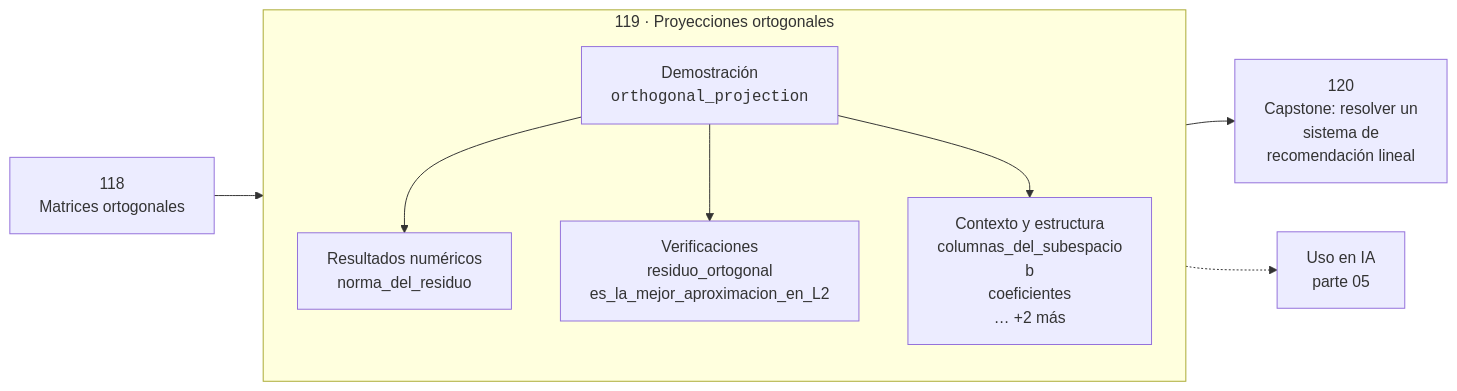
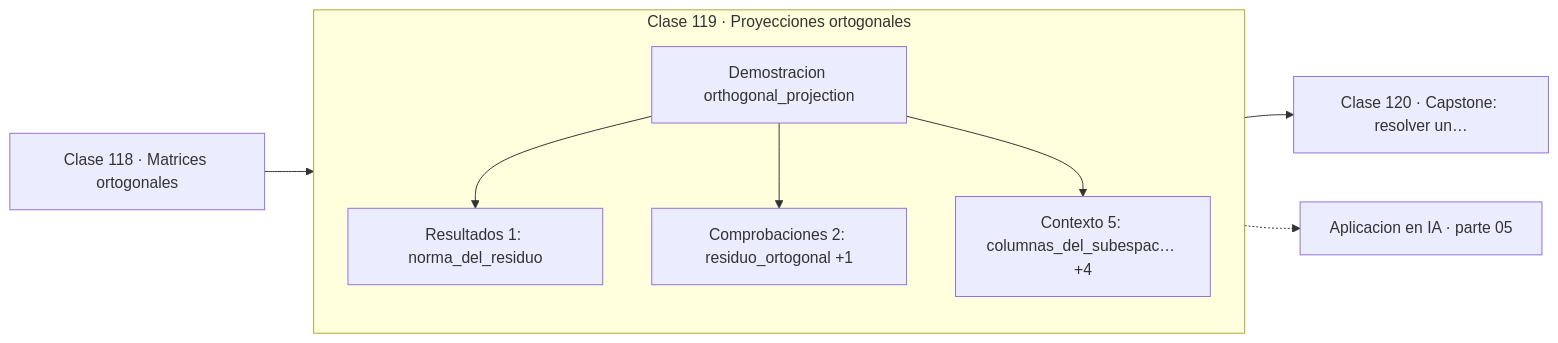
The diagram in classes/part-05-algebra-lineal-i-vectores-y-matrices/119-proyecciones-ortogonales/README.md (vladimiracunadev-create/computational-mathematics-program), drawn with Mermaid before and after one commit. The commit also changed 389 other files, not shown here.

First line of the commit message:
fix(diagramas): elimina el HTML de las etiquetas Mermaid

````diff
--- a/classes/part-05-algebra-lineal-i-vectores-y-matrices/119-proyecciones-ortogonales/README.md
+++ b/classes/part-05-algebra-lineal-i-vectores-y-matrices/119-proyecciones-ortogonales/README.md
@@ -30,12 +30,13 @@
 ```mermaid
 flowchart LR
-    P["118<br/>Matrices ortogonales"] --> C
-    subgraph C["119 · Proyecciones ortogonales"]
+    P["Clase 118 · Matrices ortogonales"] --> D
+    subgraph CLASE["Clase 119 · Proyecciones ortogonales"]
         direction TB
-        D["Demostración<br/><code>orthogonal_projection</code>"] --> R["Resultados numéricos<br/>norma_del_residuo"]
-        D --> V["Verificaciones<br/>residuo_ortogonal<br/>es_la_mejor_aproximacion_en_L2"]
-        D --> O["Contexto y estructura<br/>columnas_del_subespacio<br/>b<br/>coeficientes<br/>… +2 más"]
+        D["Demostracion orthogonal_projection"]
+        D --> R["Resultados 1: norma_del_residuo"]
+        D --> V["Comprobaciones 2: residuo_ortogonal +1"]
+        D --> O["Contexto 5: columnas_del_subespac… +4"]
     end
-    C --> N["120<br/>Capstone: resolver un<br/>sistema de<br/>recomendación lineal"]
-    C -.-> IA["Uso en IA<br/>parte 05"]
+    R --> N["Clase 120 · Capstone: resolver un…"]
+    V -.-> IA["Aplicacion en IA · parte 05"]
 ```
````
